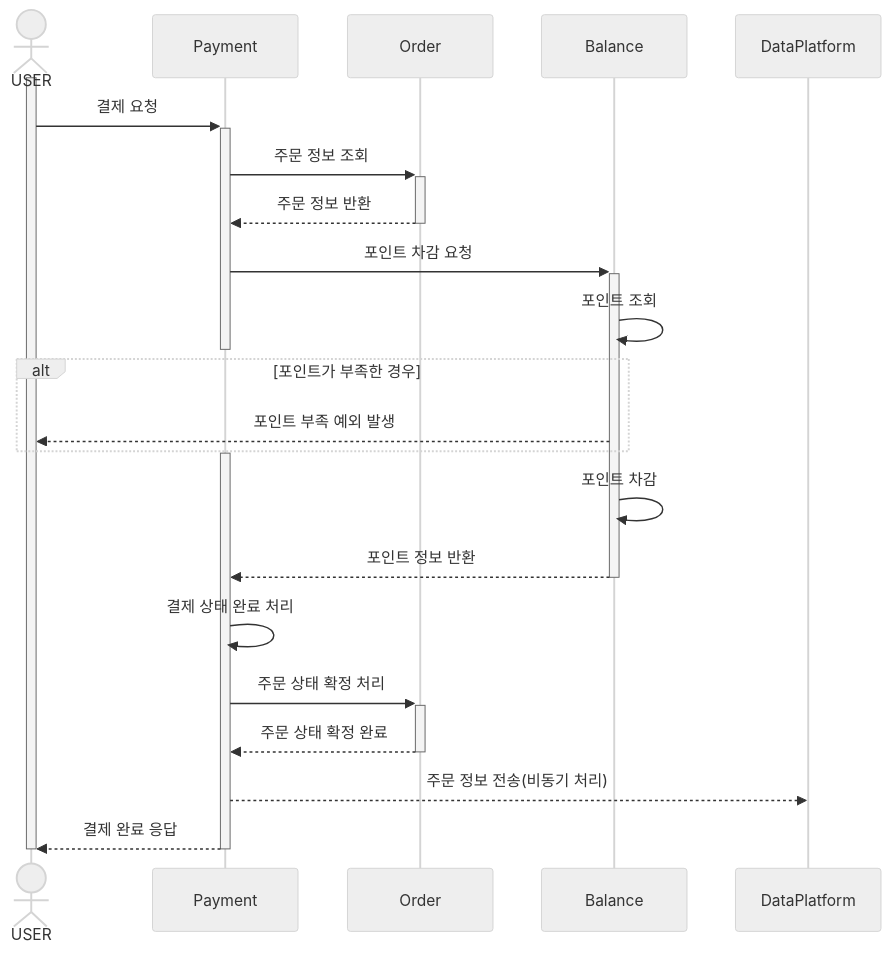
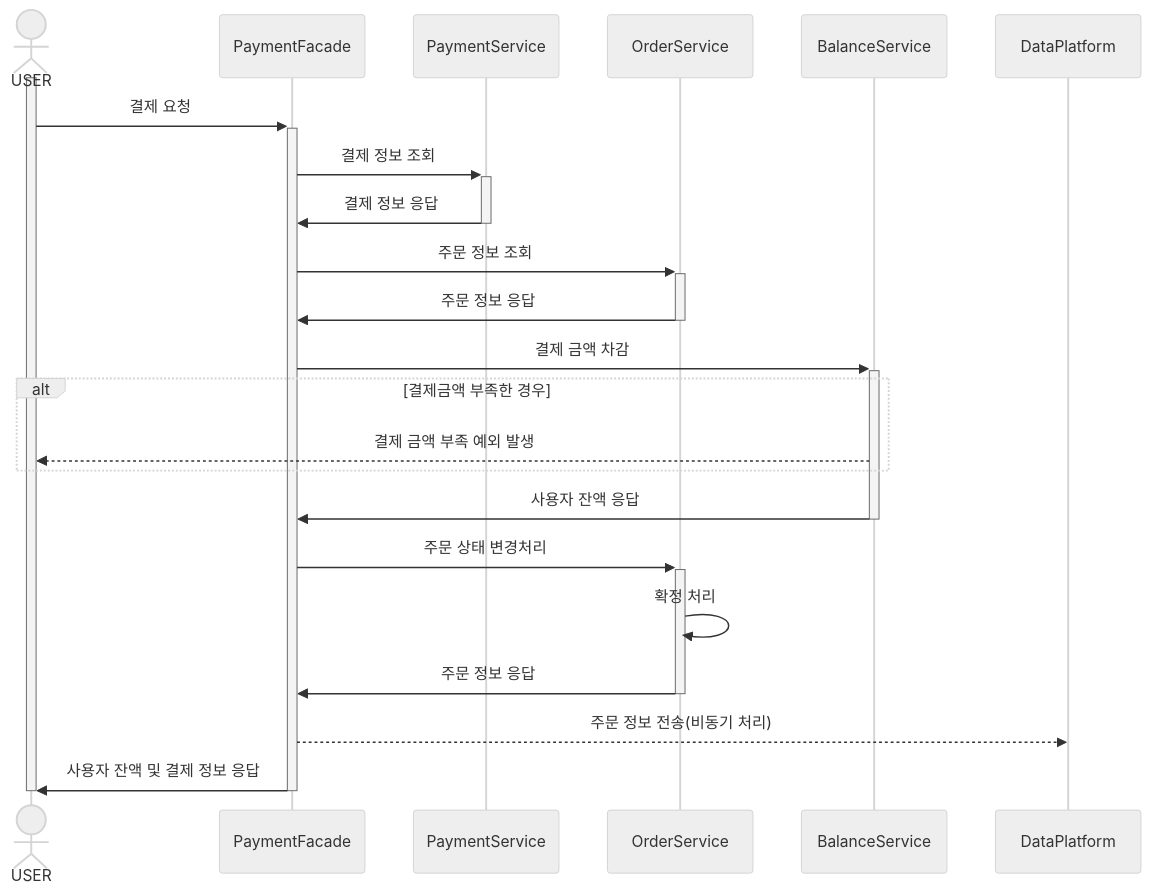
The fifth of 7 diagrams in docs/requirements-analysis/sequence-diagram.md (ch00kh/e-commerce-sercvice), drawn with Mermaid (neutral theme) before and after one commit. The commit also changed other lines of this file, not shown here.

Commit message:
docs: 문서 수정(order, payment)

````diff
--- a/docs/requirements-analysis/sequence-diagram.md
+++ b/docs/requirements-analysis/sequence-diagram.md
@@ -128,28 +118,27 @@
 ```mermaid
 sequenceDiagram
   actor USER
-  participant Payment
-  participant Order
-  participant Balance
+  participant PaymentFacade
+  participant PaymentService
+  participant OrderService
+  participant BalanceService
   participant DataPlatform
   
   activate USER
-  USER ->>+ Payment: 결제 요청
-  Payment ->>+ Order: 주문 정보 조회
-  Order -->>- Payment: 주문 정보 반환
-  Payment ->>+ Balance: 포인트 차감 요청
-  Balance ->> Balance: 포인트 조회
-  deactivate Payment
-  alt 포인트가 부족한 경우
-    Balance -->> USER: 포인트 부족 예외 발생
+  USER ->>+ PaymentFacade: 결제 요청
+  PaymentFacade ->>+ PaymentService: 결제 정보 조회
+  PaymentService ->>- PaymentFacade: 결제 정보 응답
+  PaymentFacade ->>+ OrderService: 주문 정보 조회
+  OrderService ->>- PaymentFacade: 주문 정보 응답
+  PaymentFacade ->>+ BalanceService: 결제 금액 차감
+  alt 결제금액 부족한 경우
+    BalanceService -->> USER: 결제 금액 부족 예외 발생
   end
-  activate Payment
-  Balance ->> Balance: 포인트 차감
-  Balance -->>- Payment: 포인트 정보 반환
-  Payment ->> Payment: 결제 상태 완료 처리
-  Payment ->>+ Order: 주문 상태 확정 처리
-  Order -->>- Payment: 주문 상태 확정 완료
-  Payment -->> DataPlatform: 주문 정보 전송(비동기 처리)
-  Payment -->>- USER: 결제 완료 응답
+  BalanceService ->>- PaymentFacade: 사용자 잔액 응답
+  PaymentFacade ->>+ OrderService: 주문 상태 변경처리
+  OrderService ->> OrderService: 확정 처리
+  OrderService ->>- PaymentFacade: 주문 정보 응답 
+  PaymentFacade -->> DataPlatform: 주문 정보 전송(비동기 처리)
+  PaymentFacade ->>- USER : 사용자 잔액 및 결제 정보 응답
   deactivate USER
 ```
````
